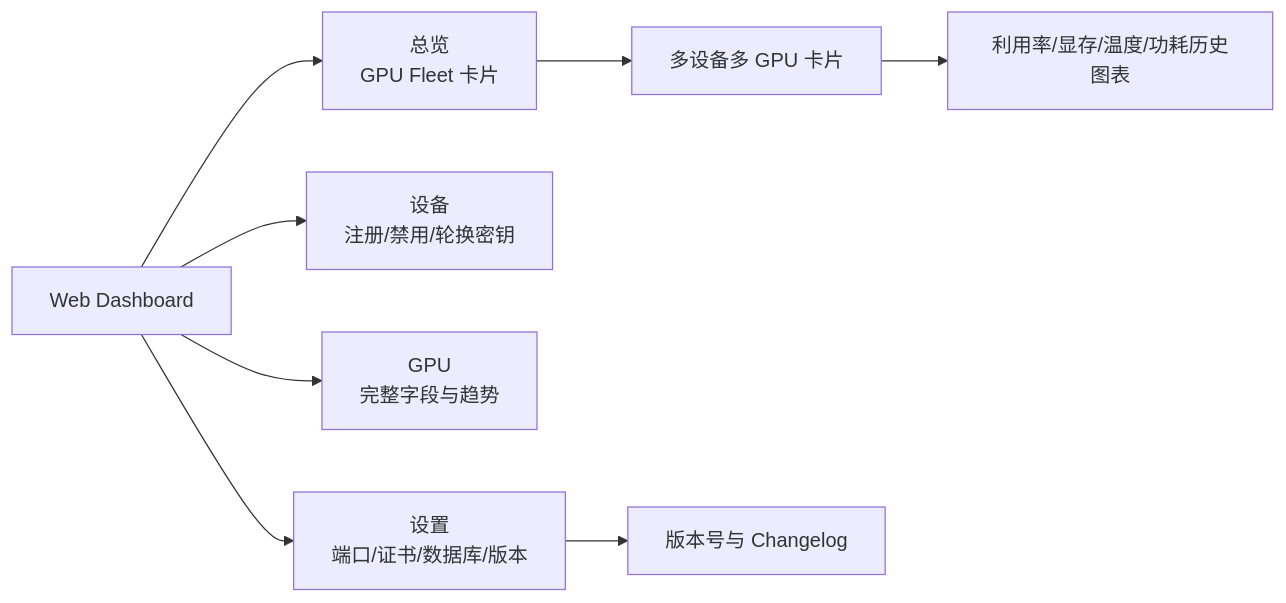
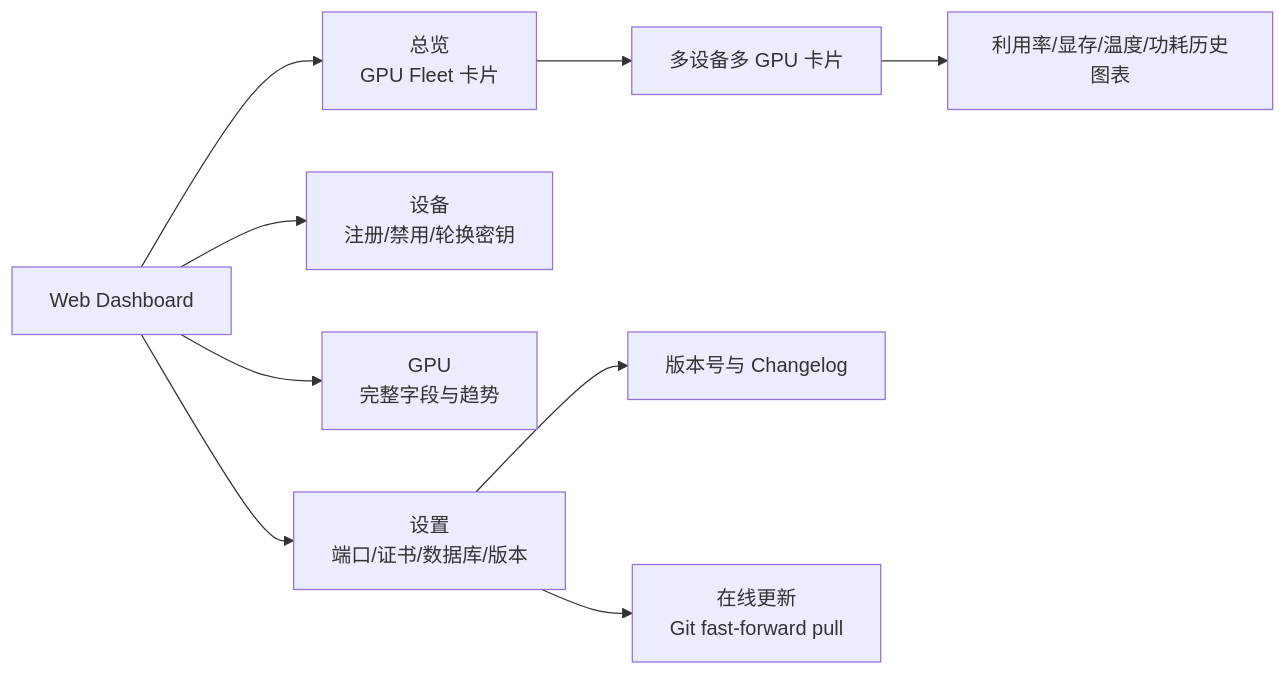
The sixth of 8 diagrams in README.md (stlin256/GPU-Fleet), drawn with Mermaid before and after one commit. The commit also changed other lines of this file and 22 other files, not shown here.

````diff
--- a/README.md
+++ b/README.md
@@ -298,10 +302,11 @@
 ```mermaid
 flowchart LR
   Web["Web Dashboard"] --> Overview["总览\nGPU Fleet 卡片"]
   Web --> Devices["设备\n注册/禁用/轮换密钥"]
   Web --> GPUs["GPU\n完整字段与趋势"]
   Web --> Settings["设置\n端口/证书/数据库/版本"]
   Overview --> Cards["多设备多 GPU 卡片"]
   Cards --> Charts["利用率/显存/温度/功耗历史图表"]
   Settings --> Release["版本号与 Changelog"]
+  Settings --> Update["在线更新\nGit fast-forward pull"]
 ```
````
